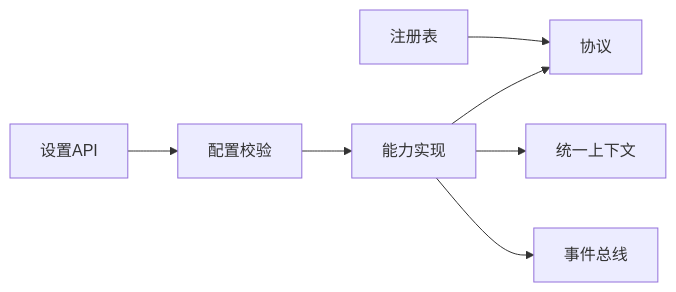
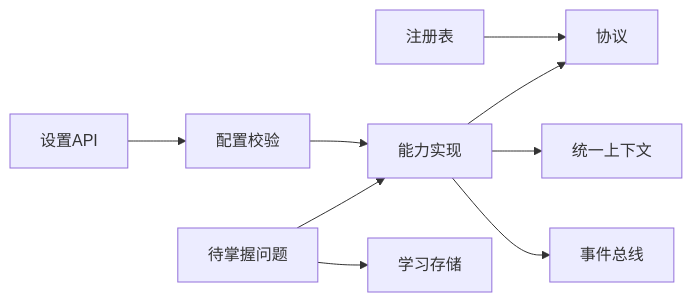
The tenth of 10 diagrams in .qoder/repowiki/zh/content/核心架构/能力系统/能力系统.md (gongzili456/DeepTutor), drawn with Mermaid before and after one commit. The commit also changed other lines of this file and 821 other files, not shown here.

````diff
--- a/.qoder/repowiki/zh/content/核心架构/能力系统/能力系统.md
+++ b/.qoder/repowiki/zh/content/核心架构/能力系统/能力系统.md
@@ -346,9 +468,11 @@
 ```mermaid
 graph LR
 Reg["注册表"] --> Proto["协议"]
 Impl["能力实现"] --> Proto
 Impl --> Ctx["统一上下文"]
 Impl --> Bus["事件总线"]
 Conf["配置校验"] --> Impl
 API["设置API"] --> Conf
+Pending["待掌握问题"] --> Impl
+Pending --> Store["学习存储"]
 ```
````
